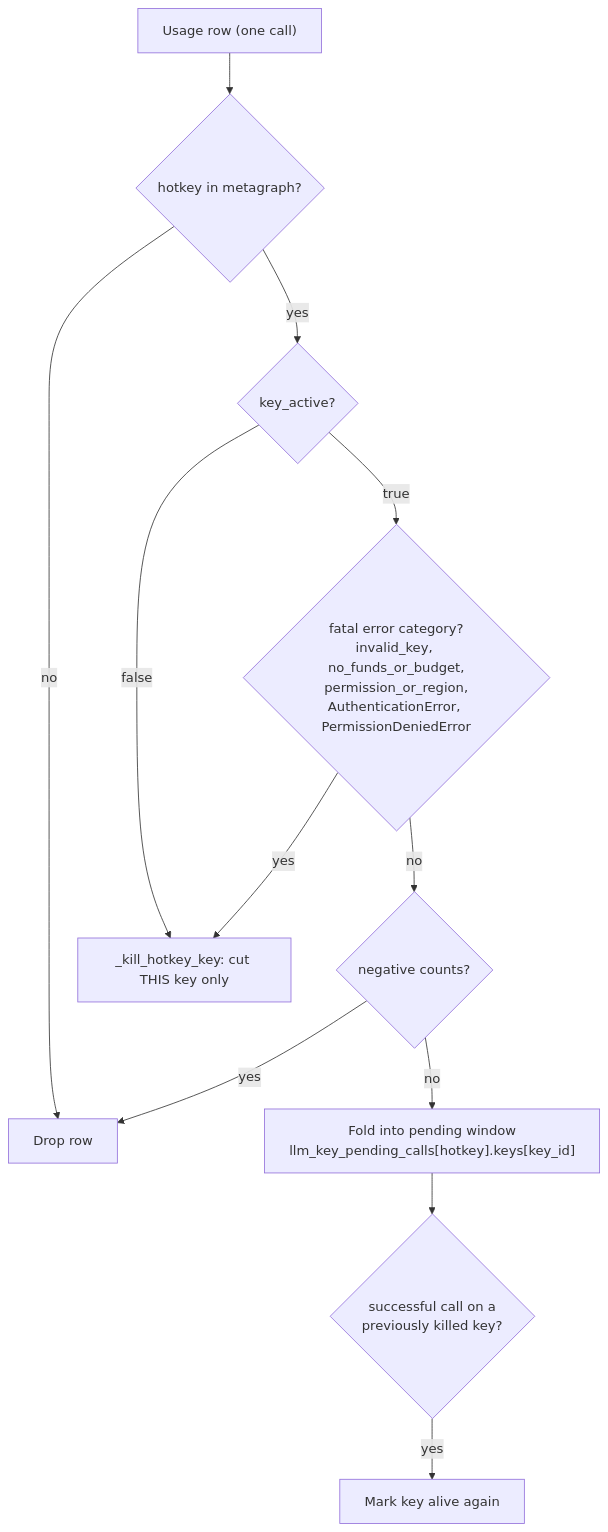
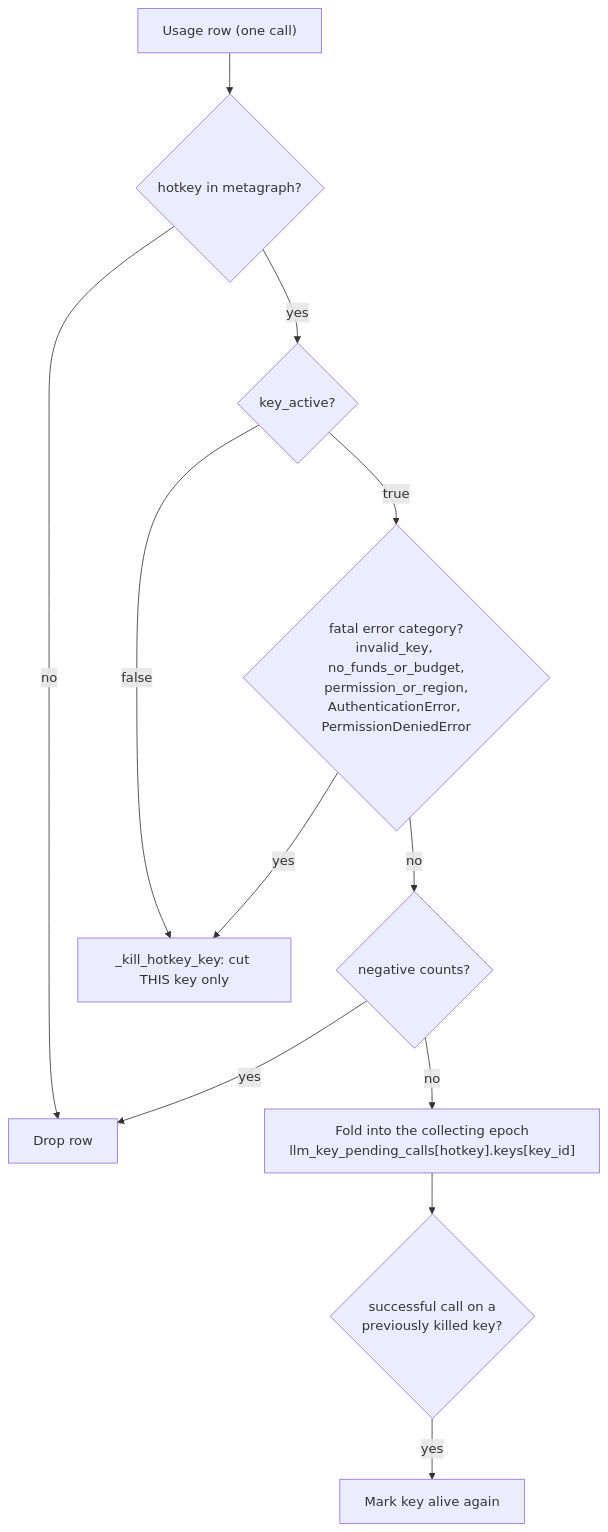
Before and after one commit to taostatus/taostatus-subnet: the second of 6 diagrams in docs/scoring.md, drawn with Mermaid. The commit also changed other lines of this file and 11 other files, not shown here.

````diff
--- a/docs/scoring.md
+++ b/docs/scoring.md
@@ -76,14 +81,14 @@
 ```mermaid
 flowchart TD
     R["Usage row (one call)"] --> H{"hotkey in metagraph?"}
     H -- no --> DROP["Drop row"]
     H -- yes --> KA{"key_active?"}
     KA -- false --> KILL["_kill_hotkey_key: cut THIS key only"]
     KA -- true --> FE{"fatal error category?<br/>invalid_key, no_funds_or_budget,<br/>permission_or_region,<br/>AuthenticationError, PermissionDeniedError"}
     FE -- yes --> KILL
     FE -- no --> NEG{"negative counts?"}
     NEG -- yes --> DROP
-    NEG -- no --> FOLD["Fold into pending window<br/>llm_key_pending_calls[hotkey].keys[key_id]"]
+    NEG -- no --> FOLD["Fold into the collecting epoch<br/>llm_key_pending_calls[hotkey].keys[key_id]"]
     FOLD --> REV{"successful call on a<br/>previously killed key?"}
     REV -- yes --> REVIVE["Mark key alive again"]
 ```
````
